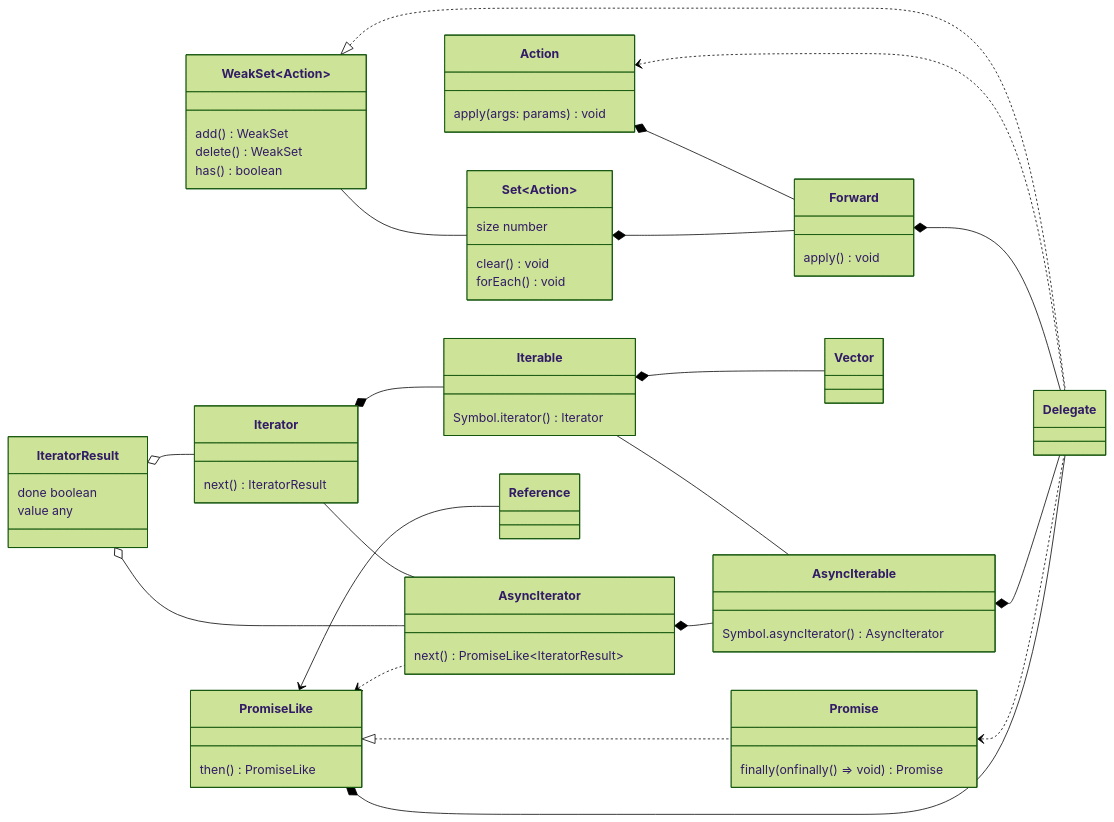
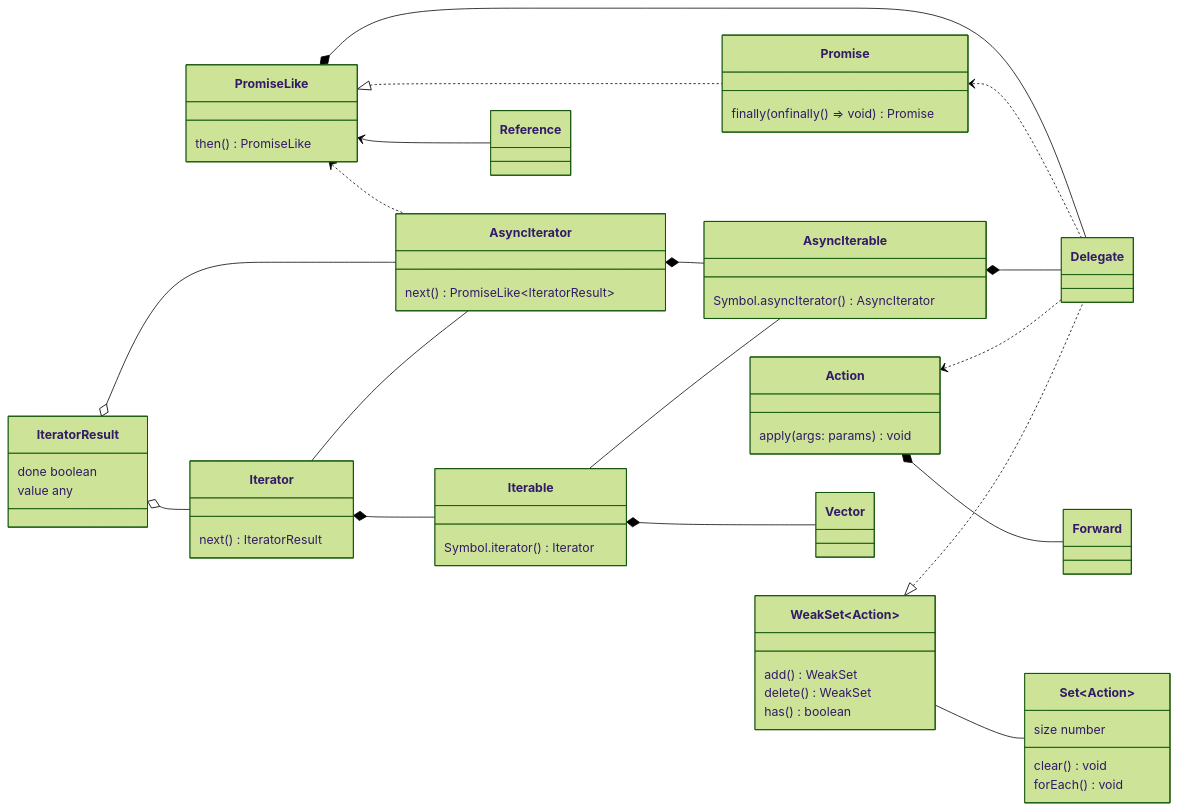
Before and after one commit to domrally/peekeasy: the fourth of 4 diagrams in README.md, drawn with Mermaid (forest theme). The commit also changed other lines of this file, not shown here.

````diff
--- a/README.md
+++ b/README.md
@@ -218,69 +196,63 @@
 ```mermaid
 classDiagram
     direction LR
     PromiseLike <|.. Promise
     PromiseLike *-- Delegate
     Promise <.. Delegate
     PromiseLike <.. AsyncIterator
     IteratorResult o-- AsyncIterator
     Iterator -- AsyncIterator
     AsyncIterator *-- AsyncIterable
     Iterable -- AsyncIterable
     AsyncIterable *-- Delegate
     IteratorResult o-- Iterator
     Iterator *-- Iterable
-    Forward *-- Delegate
     Action <.. Delegate
-    Set~Action~ *-- Forward
     Action *-- Forward
     WeakSet~Action~ -- Set~Action~
     WeakSet~Action~ <|.. Delegate
     PromiseLike <-- Reference
     Iterable *-- Vector
     class IteratorResult {
         done boolean
         value any
     }
     class AsyncIterable {
         Symbol.asyncIterator() AsyncIterator
     }
     class Iterable {
         Symbol.iterator() Iterator
     }
     class Iterator {
         next() IteratorResult
     }
     class AsyncIterator {
         next() PromiseLike~IteratorResult~
     }
     class PromiseLike {
         then() PromiseLike
     }
     class Promise {
         finally(onfinally () => void) Promise
     }
     class WeakSet {
         add() WeakSet
         delete() WeakSet
         has() boolean
     }
     class Set {
         size number
         clear() void
         forEach() void
     }
     class Action {
         apply(args: params) void
     }
 	 link Action "https://github.com/domrally/peekeasy/blob/main/src/action.ts" "action.ts"
-    class Forward {
-        apply() void
-    }
-    link Forward "https://github.com/domrally/peekeasy/blob/main/src/forward.ts" "forward.ts"
     class Delegate
     link Delegate "https://github.com/domrally/peekeasy/blob/main/src/delegate.ts" "delegate.ts"
     class Vector
     link Vector "https://github.com/domrally/peekeasy/blob/main/src/vector.ts" "vector.ts"
 	 class Reference
 	 link Reference "https://github.com/domrally/peekeasy/blob/main/src/reference.ts" "reference.ts"
 ```
````
